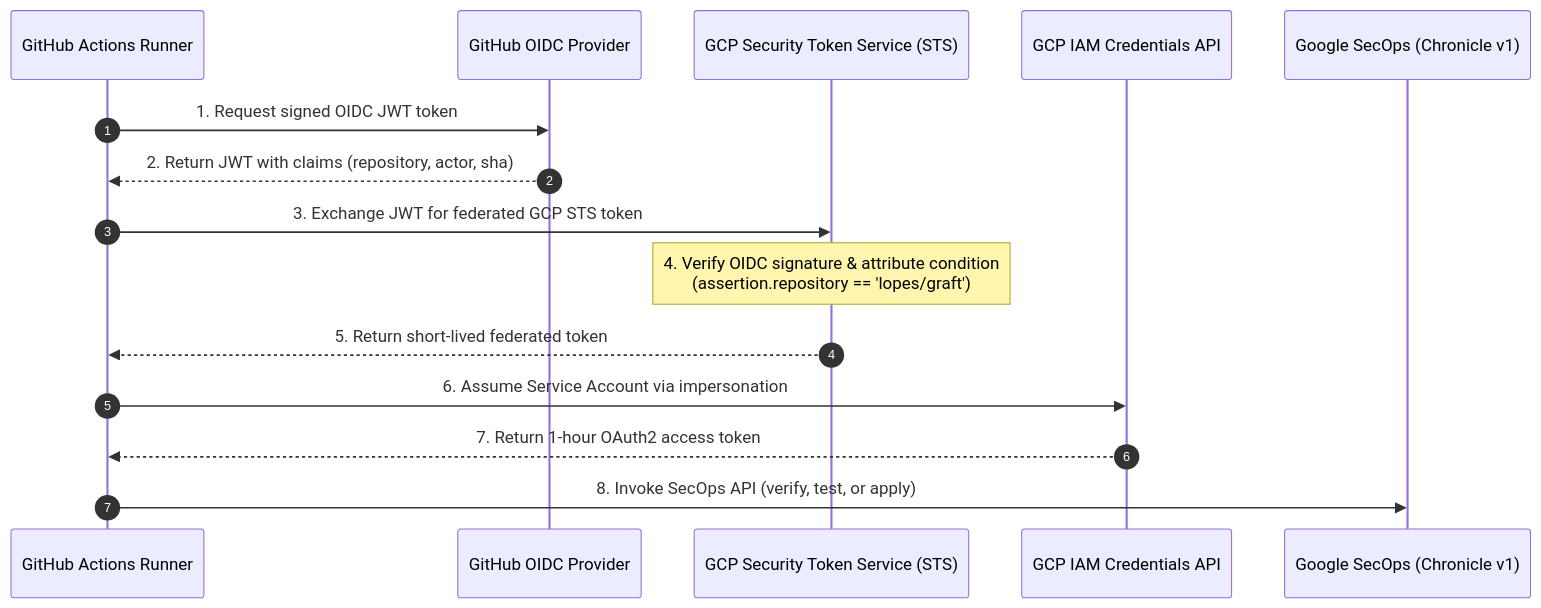
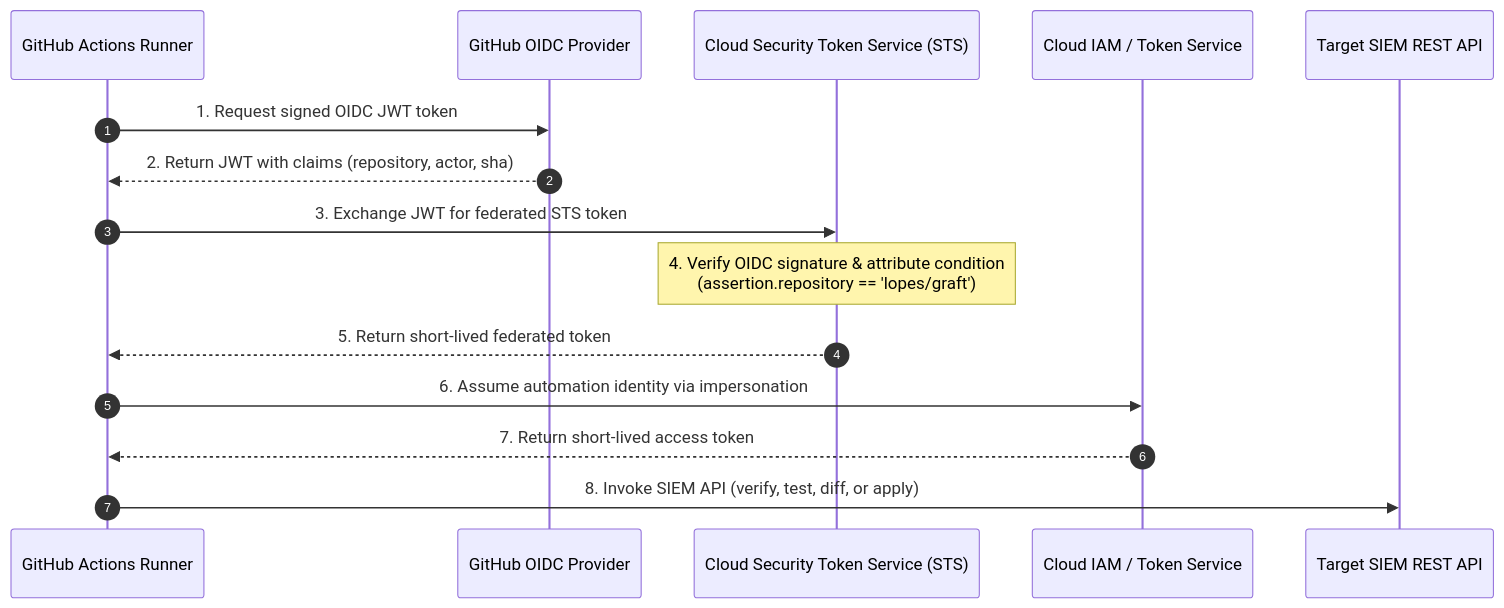
Before and after one commit to lopes/graft: the first of 3 diagrams in docs/operators/security.md, drawn with Mermaid. The commit also changed other lines of this file and 42 other files, not shown here.

````diff
--- a/docs/operators/security.md
+++ b/docs/operators/security.md
@@ -26,18 +26,18 @@
 ```mermaid
 sequenceDiagram
     autonumber
     participant GHA as GitHub Actions Runner
     participant GH_OIDC as GitHub OIDC Provider
-    participant STS as GCP Security Token Service (STS)
-    participant IAM as GCP IAM Credentials API
-    participant CHRONICLE as Google SecOps (Chronicle v1)
+    participant STS as Cloud Security Token Service (STS)
+    participant IAM as Cloud IAM / Token Service
+    participant SIEM as Target SIEM REST API
 
     GHA->>GH_OIDC: 1. Request signed OIDC JWT token
     GH_OIDC-->>GHA: 2. Return JWT with claims (repository, actor, sha)
-    GHA->>STS: 3. Exchange JWT for federated GCP STS token
+    GHA->>STS: 3. Exchange JWT for federated STS token
     Note over STS: 4. Verify OIDC signature & attribute condition<br/>(assertion.repository == 'lopes/graft')
     STS-->>GHA: 5. Return short-lived federated token
-    GHA->>IAM: 6. Assume Service Account via impersonation
-    IAM-->>GHA: 7. Return 1-hour OAuth2 access token
-    GHA->>CHRONICLE: 8. Invoke SecOps API (verify, test, or apply)
+    GHA->>IAM: 6. Assume automation identity via impersonation
+    IAM-->>GHA: 7. Return short-lived access token
+    GHA->>SIEM: 8. Invoke SIEM API (verify, test, diff, or apply)
 ```
````
